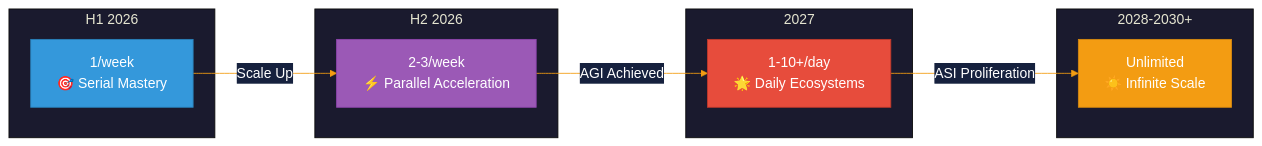
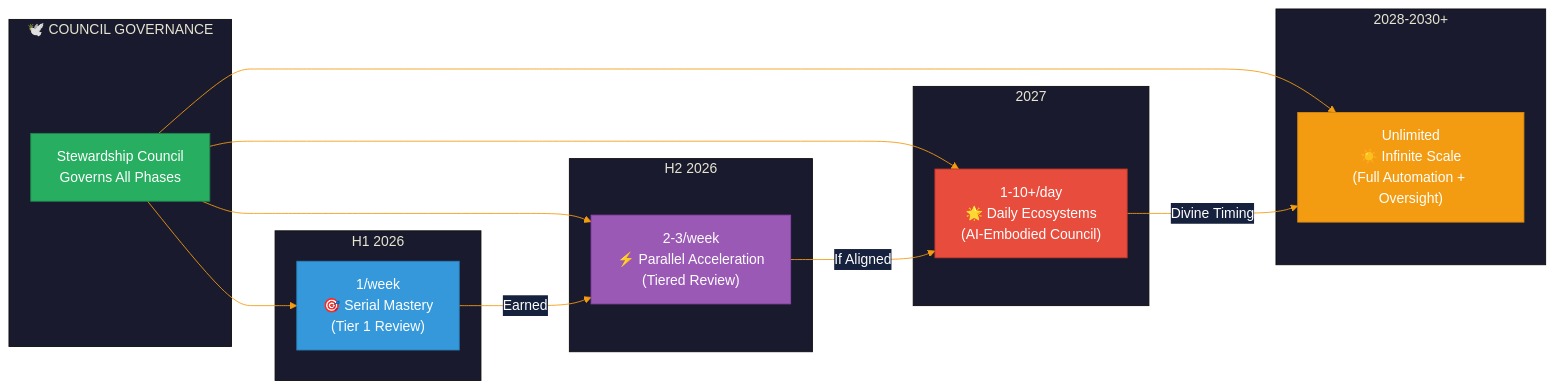
Before and after one commit to Light-Brands/brand-factory: the first of 3 diagrams in planning/02-launch-cadence.md, drawn with Mermaid. The commit also changed other lines of this file and 7 other files, not shown here.

First line of the commit message:
feat: Integrate Stewardship Council as central decision authority - 10/10 alignment achieved

````diff
--- a/planning/02-launch-cadence.md
+++ b/planning/02-launch-cadence.md
@@ -11,25 +13,34 @@
 ```mermaid
 %%{init: {'theme': 'base', 'themeVariables': { 'primaryColor': '#e94560', 'primaryTextColor': '#fff', 'primaryBorderColor': '#fff', 'lineColor': '#f39c12', 'secondaryColor': '#16213e', 'tertiaryColor': '#1a1a2e'}}}%%
 flowchart LR
+    subgraph COUNCIL["🕊️ COUNCIL GOVERNANCE"]
+        CG["Stewardship Council<br/>Governs All Phases"]
+    end
+
     subgraph H1["H1 2026"]
-        A["1/week<br/>🎯 Serial Mastery"]
+        A["1/week<br/>🎯 Serial Mastery<br/>(Tier 1 Review)"]
     end
     subgraph H2["H2 2026"]
-        B["2-3/week<br/>⚡ Parallel Acceleration"]
+        B["2-3/week<br/>⚡ Parallel Acceleration<br/>(Tiered Review)"]
     end
     subgraph Y2027["2027"]
-        C["1-10+/day<br/>🌟 Daily Ecosystems"]
+        C["1-10+/day<br/>🌟 Daily Ecosystems<br/>(AI-Embodied Council)"]
     end
     subgraph Y2030["2028-2030+"]
-        D["Unlimited<br/>☀️ Infinite Scale"]
+        D["Unlimited<br/>☀️ Infinite Scale<br/>(Full Automation + Oversight)"]
     end
 
-    A -->|"Scale Up"| B
-    B -->|"AGI Achieved"| C
-    C -->|"ASI Proliferation"| D
+    CG --> A
+    CG --> B
+    CG --> C
+    CG --> D
+    A -->|"Earned"| B
+    B -->|"If Aligned"| C
+    C -->|"Divine Timing"| D
 
+    style CG fill:#27ae60,stroke:#1e8449,color:#fff
     style A fill:#3498db,stroke:#2980b9,color:#fff
     style B fill:#9b59b6,stroke:#8e44ad,color:#fff
     style C fill:#e74c3c,stroke:#c0392b,color:#fff
     style D fill:#f39c12,stroke:#d68910,color:#fff
 ```
````
